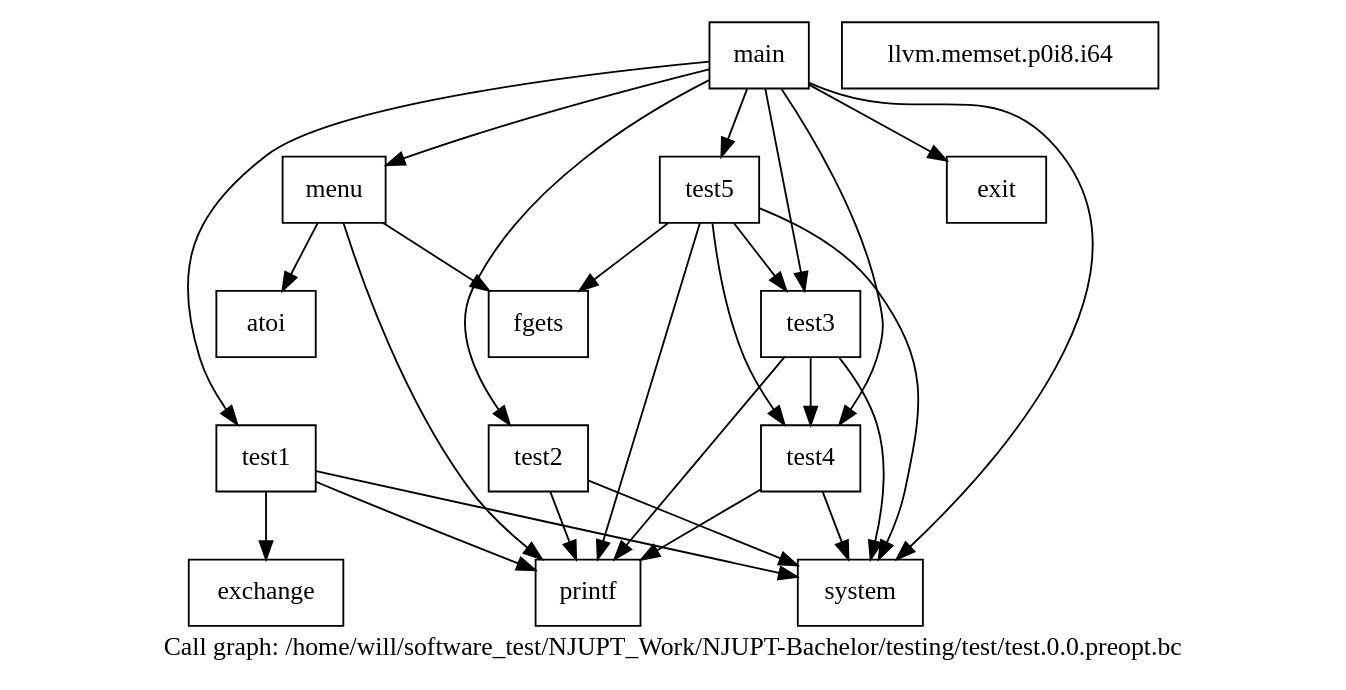
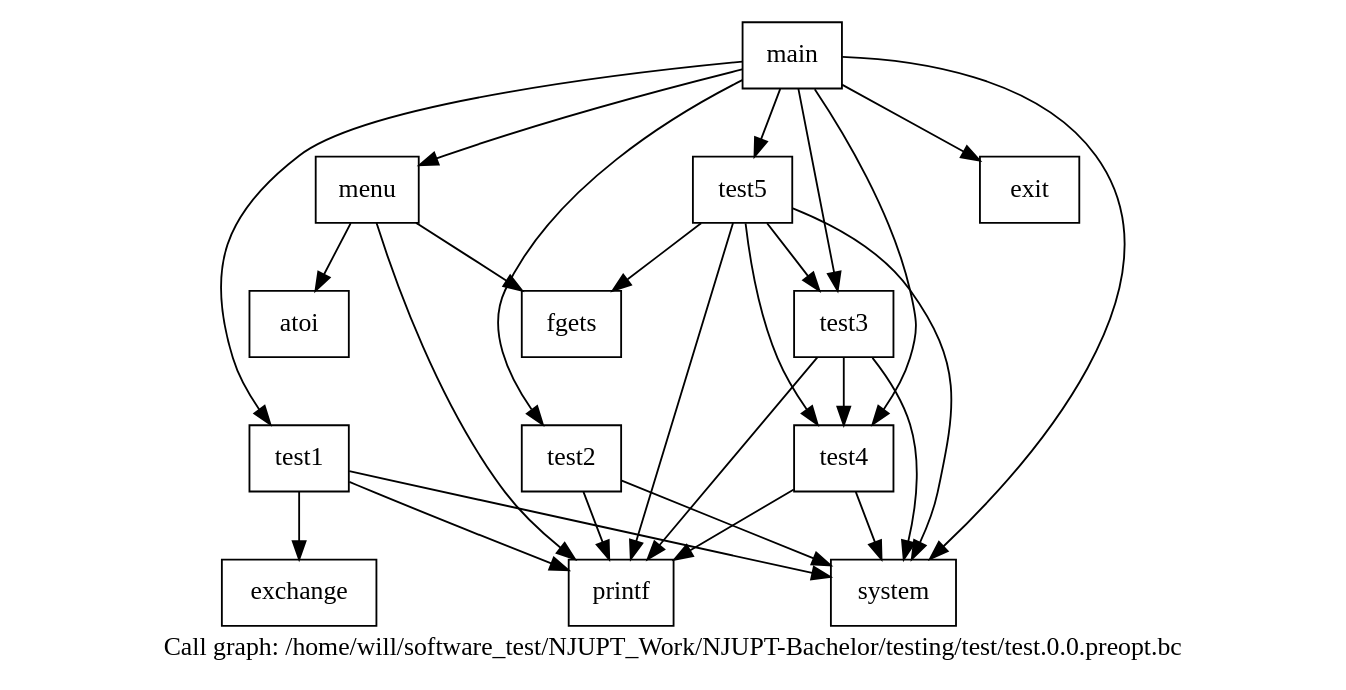
The diagram in testing/temp/dot-files/callgraph.dot (williamslay/NJUPT_Bachelor), drawn with Graphviz before and after one commit. The commit also changed 5 other files, not shown here.

```diff
--- a/testing/temp/dot-files/callgraph.dot
+++ b/testing/temp/dot-files/callgraph.dot
@@ -1,44 +1,43 @@
 digraph "Call graph: /home/will/software_test/NJUPT_Work/NJUPT-Bachelor/testing/test/test.0.0.preopt.bc" {
 	label="Call graph: /home/will/software_test/NJUPT_Work/NJUPT-Bachelor/testing/test/test.0.0.preopt.bc";
 
-	Node0x563924f22680 [shape=record,label="{main}"];
-	Node0x563924f22680 -> Node0x563924f22730;
-	Node0x563924f22680 -> Node0x563924f227e0;
-	Node0x563924f22680 -> Node0x563924f228c0;
-	Node0x563924f22680 -> Node0x563924f229f0;
-	Node0x563924f22680 -> Node0x563924f9cd70;
-	Node0x563924f22680 -> Node0x563924f9cf40;
-	Node0x563924f22680 -> Node0x563924f9cfc0;
-	Node0x563924f22680 -> Node0x563924f9d040;
-	Node0x563924f22730 [shape=record,label="{menu}"];
-	Node0x563924f22730 -> Node0x563924f9d0c0;
-	Node0x563924f22730 -> Node0x563924f9d600;
-	Node0x563924f22730 -> Node0x563924f9d580;
-	Node0x563924f227e0 [shape=record,label="{test1}"];
-	Node0x563924f227e0 -> Node0x563924f9d040;
-	Node0x563924f227e0 -> Node0x563924f9d0c0;
-	Node0x563924f227e0 -> Node0x563924f9d680;
-	Node0x563924f228c0 [shape=record,label="{test2}"];
-	Node0x563924f228c0 -> Node0x563924f9d040;
-	Node0x563924f228c0 -> Node0x563924f9d0c0;
-	Node0x563924f229f0 [shape=record,label="{test3}"];
-	Node0x563924f229f0 -> Node0x563924f9d040;
-	Node0x563924f229f0 -> Node0x563924f9d0c0;
-	Node0x563924f229f0 -> Node0x563924f9cd70;
-	Node0x563924f9cd70 [shape=record,label="{test4}"];
-	Node0x563924f9cd70 -> Node0x563924f9d040;
-	Node0x563924f9cd70 -> Node0x563924f9d0c0;
-	Node0x563924f9cf40 [shape=record,label="{test5}"];
-	Node0x563924f9cf40 -> Node0x563924f9d040;
-	Node0x563924f9cf40 -> Node0x563924f9d580;
-	Node0x563924f9cf40 -> Node0x563924f9d0c0;
-	Node0x563924f9cf40 -> Node0x563924f229f0;
-	Node0x563924f9cf40 -> Node0x563924f9cd70;
-	Node0x563924f9cfc0 [shape=record,label="{exit}"];
-	Node0x563924f9d040 [shape=record,label="{system}"];
-	Node0x563924f9d580 [shape=record,label="{fgets}"];
-	Node0x563924f9d0c0 [shape=record,label="{printf}"];
-	Node0x563924f9d680 [shape=record,label="{exchange}"];
-	Node0x563924f9e050 [shape=record,label="{llvm.memset.p0i8.i64}"];
-	Node0x563924f9d600 [shape=record,label="{atoi}"];
+	Node0x55d8c87ed670 [shape=record,label="{main}"];
+	Node0x55d8c87ed670 -> Node0x55d8c87ed720;
+	Node0x55d8c87ed670 -> Node0x55d8c87ed7d0;
+	Node0x55d8c87ed670 -> Node0x55d8c87ed8b0;
+	Node0x55d8c87ed670 -> Node0x55d8c87ed9e0;
+	Node0x55d8c87ed670 -> Node0x55d8c87eda60;
+	Node0x55d8c87ed670 -> Node0x55d8c8867f50;
+	Node0x55d8c87ed670 -> Node0x55d8c8867fd0;
+	Node0x55d8c87ed670 -> Node0x55d8c8868050;
+	Node0x55d8c87ed720 [shape=record,label="{menu}"];
+	Node0x55d8c87ed720 -> Node0x55d8c88680d0;
+	Node0x55d8c87ed720 -> Node0x55d8c8868610;
+	Node0x55d8c87ed720 -> Node0x55d8c8868590;
+	Node0x55d8c87ed7d0 [shape=record,label="{test1}"];
+	Node0x55d8c87ed7d0 -> Node0x55d8c8868050;
+	Node0x55d8c87ed7d0 -> Node0x55d8c88680d0;
+	Node0x55d8c87ed7d0 -> Node0x55d8c8868690;
+	Node0x55d8c87ed8b0 [shape=record,label="{test2}"];
+	Node0x55d8c87ed8b0 -> Node0x55d8c8868050;
+	Node0x55d8c87ed8b0 -> Node0x55d8c88680d0;
+	Node0x55d8c87ed9e0 [shape=record,label="{test3}"];
+	Node0x55d8c87ed9e0 -> Node0x55d8c8868050;
+	Node0x55d8c87ed9e0 -> Node0x55d8c88680d0;
+	Node0x55d8c87ed9e0 -> Node0x55d8c87eda60;
+	Node0x55d8c87eda60 [shape=record,label="{test4}"];
+	Node0x55d8c87eda60 -> Node0x55d8c8868050;
+	Node0x55d8c87eda60 -> Node0x55d8c88680d0;
+	Node0x55d8c8867f50 [shape=record,label="{test5}"];
+	Node0x55d8c8867f50 -> Node0x55d8c8868050;
+	Node0x55d8c8867f50 -> Node0x55d8c8868590;
+	Node0x55d8c8867f50 -> Node0x55d8c88680d0;
+	Node0x55d8c8867f50 -> Node0x55d8c87ed9e0;
+	Node0x55d8c8867f50 -> Node0x55d8c87eda60;
+	Node0x55d8c8867fd0 [shape=record,label="{exit}"];
+	Node0x55d8c8868050 [shape=record,label="{system}"];
+	Node0x55d8c8868590 [shape=record,label="{fgets}"];
+	Node0x55d8c88680d0 [shape=record,label="{printf}"];
+	Node0x55d8c8868690 [shape=record,label="{exchange}"];
+	Node0x55d8c8868610 [shape=record,label="{atoi}"];
 }
```
